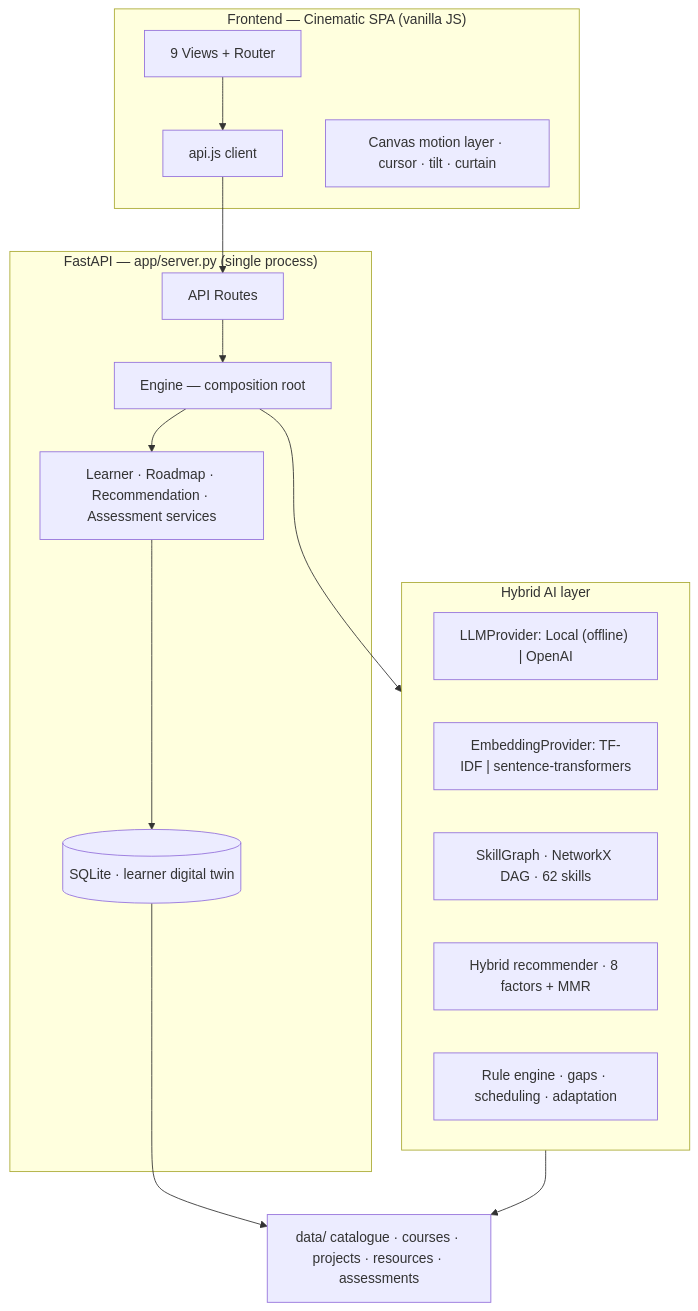
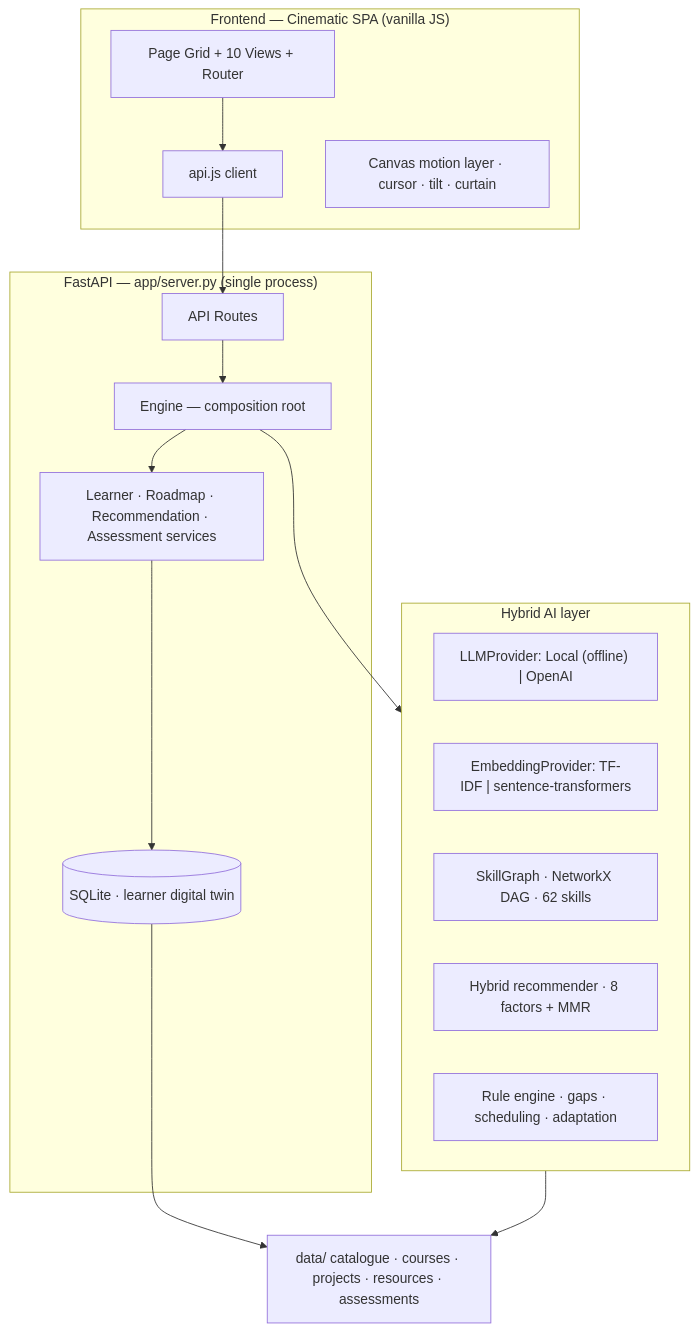
One commit to rishabhverma007/LearnPath-AI changed the second of 5 diagrams in README.md. Above: the diagram before and after it, drawn with Mermaid. The commit also changed other lines of this file and 3 other files, not shown here.

First line of the commit message:
feat: replace sidebar/topnav with page grid navigation

````diff
--- a/README.md
+++ b/README.md
@@ -85,23 +85,23 @@
 ```mermaid
 flowchart TB
     subgraph Client["Frontend — Cinematic SPA (vanilla JS)"]
-        UI[9 Views + Router] --> API[api.js client]
+        UI[Page Grid + 10 Views + Router] --> API[api.js client]
         MOTION[Canvas motion layer · cursor · tilt · curtain]
     end
     subgraph Server["FastAPI — app/server.py (single process)"]
         API --> ROUTES[API Routes]
         ROUTES --> ENGINE[Engine — composition root]
         ENGINE --> SVCS[Learner · Roadmap · Recommendation · Assessment services]
         SVCS --> DB[(SQLite · learner digital twin)]
     end
     subgraph AI["Hybrid AI layer"]
         LLM["LLMProvider: Local (offline) | OpenAI"]
         EMB["EmbeddingProvider: TF-IDF | sentence-transformers"]
         GRAPH[SkillGraph · NetworkX DAG · 62 skills]
         REC[Hybrid recommender · 8 factors + MMR]
         RULES[Rule engine · gaps · scheduling · adaptation]
     end
     ENGINE --> AI
     AI --> CAT[data/ catalogue · courses · projects · resources · assessments]
     DB --> CAT
 ```
````
